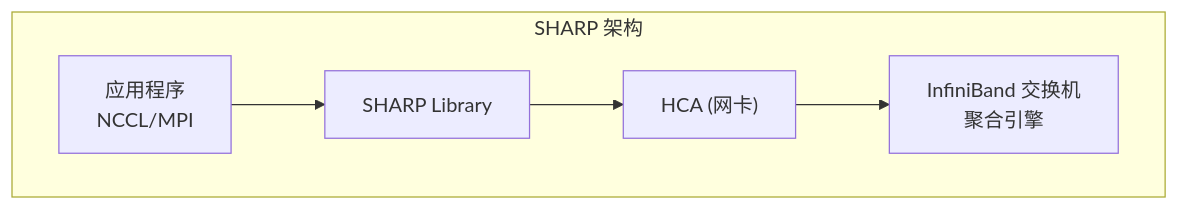
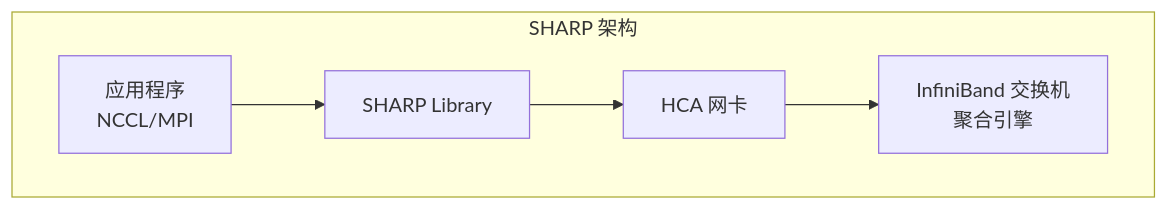
One commit to jpixy/jpixy.github.io changed the fourth of 14 diagrams in content/articles/networking/net-27-网内计算技术详解.md. Above: the diagram before and after it, drawn with Mermaid. The commit also changed other lines of this file and 66 other files, not shown here.

Commit message:
fix: resolve Mermaid syntax errors by removing parentheses in node labels

````diff
--- a/content/articles/networking/net-27-网内计算技术详解.md
+++ b/content/articles/networking/net-27-网内计算技术详解.md
@@ -154,11 +154,11 @@
 ```mermaid
 graph TB
     subgraph "SHARP 架构"
         A["应用程序<br/>NCCL/MPI"]
         B["SHARP Library"]
         C["InfiniBand 交换机<br/>聚合引擎"]
-        D["HCA (网卡)"]
+        D["HCA 网卡"]
     end
     
     A --> B --> D --> C
 ```
````
